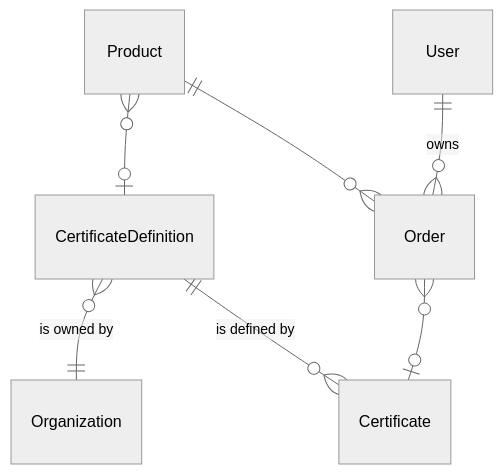
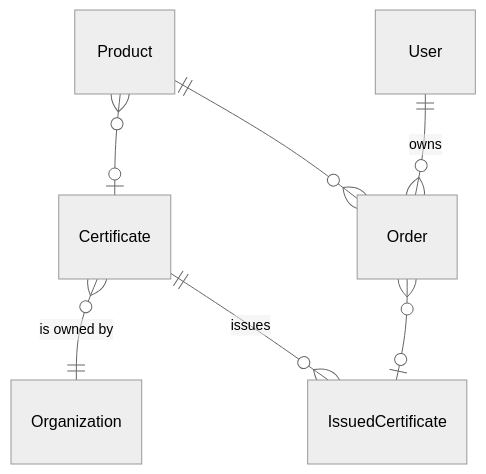
Before and after one commit to openfun/joanie: the third of 3 diagrams in docs/reference/models.md, drawn with Mermaid (neutral theme). The commit also changed other lines of this file and 20 other files, not shown here.

````diff
--- a/docs/reference/models.md
+++ b/docs/reference/models.md
@@ -160,19 +160,19 @@
 ```mermaid
 erDiagram
     %% Models
     Product
-    CertificateDefinition
+    Certificate
     Organization
     User
     Order
-    Certificate
+    IssuedCertificate
     
     %% Relations
-    Product }o--o| CertificateDefinition : ""
+    Product }o--o| Certificate : ""
     Product || -- o{ Order : ""
-    CertificateDefinition }o--|| Organization : "is owned by"
-    CertificateDefinition ||--o{ Certificate : "is defined by"
+    Certificate }o--|| Organization : "is owned by"
+    Certificate ||--o{ IssuedCertificate : "issues"
     
     User ||--o{ Order : "owns"
-    Order }o--o| Certificate : ""
+    Order }o--o| IssuedCertificate : ""
 ```
````
